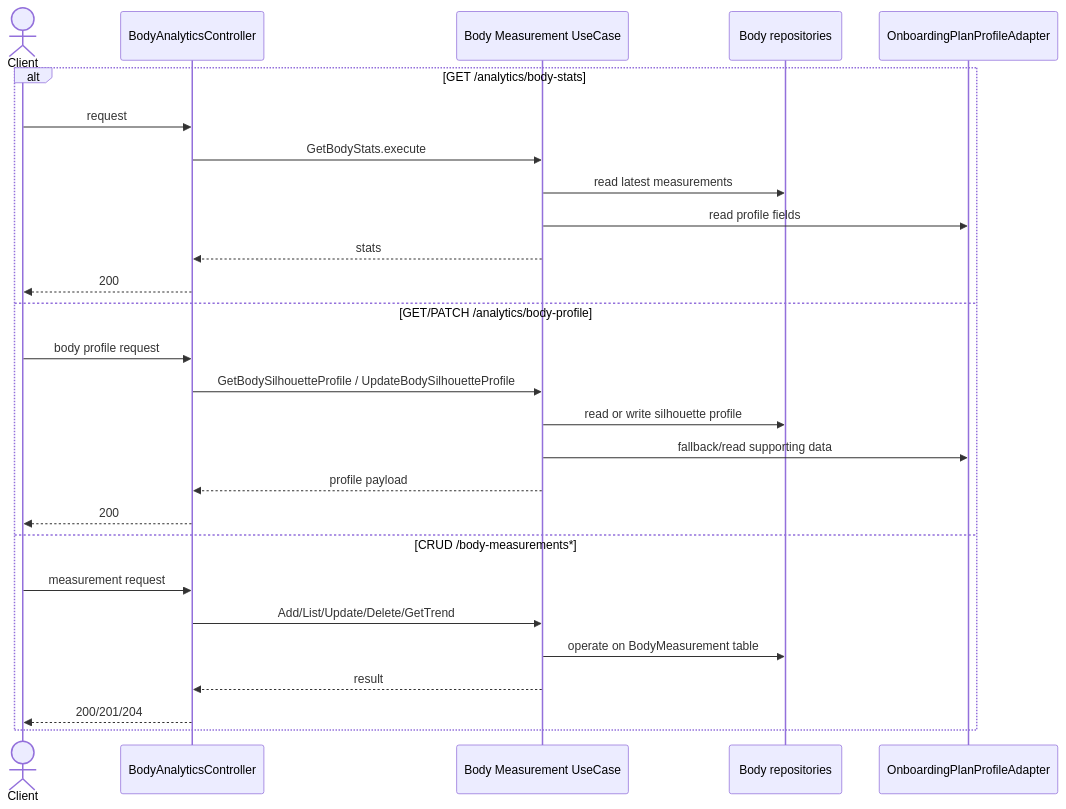
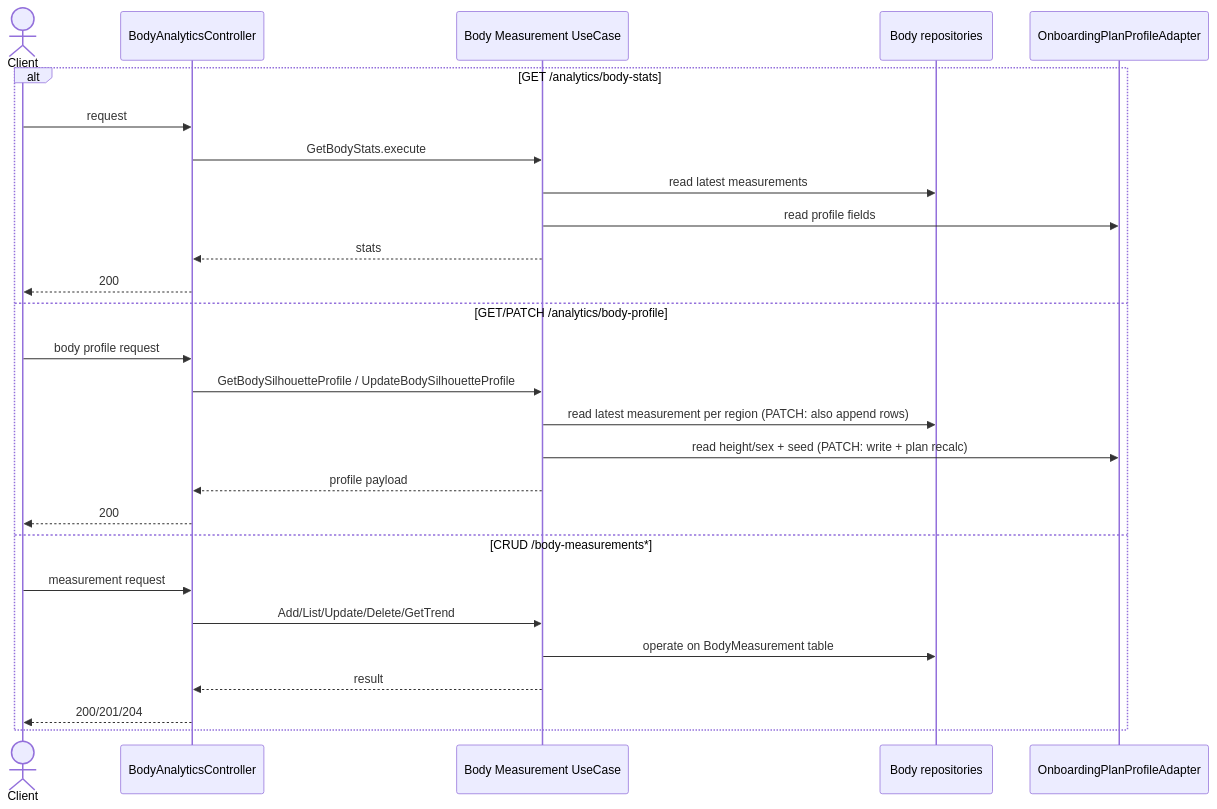
One commit to yusufhoglu/betterEatBetter-server changed the first of 3 diagrams in src/modules/body-analytics/body-analytics-doc.md. Above: the diagram before and after it, drawn with Mermaid. The commit also changed other lines of this file and 27 other files, not shown here.

Commit message:
refactor(body-analytics): remove BodySilhouetteProfile and integrate measurements into user profiles

````diff
--- a/src/modules/body-analytics/body-analytics-doc.md
+++ b/src/modules/body-analytics/body-analytics-doc.md
@@ -39,30 +41,30 @@
 ```mermaid
 sequenceDiagram
     actor Client
     participant Controller as BodyAnalyticsController
     participant UseCase as Body Measurement UseCase
     participant Repo as Body repositories
     participant Profile as OnboardingPlanProfileAdapter
 
     alt GET /analytics/body-stats
         Client->>Controller: request
         Controller->>UseCase: GetBodyStats.execute
         UseCase->>Repo: read latest measurements
         UseCase->>Profile: read profile fields
         UseCase-->>Controller: stats
         Controller-->>Client: 200
     else GET/PATCH /analytics/body-profile
         Client->>Controller: body profile request
         Controller->>UseCase: GetBodySilhouetteProfile / UpdateBodySilhouetteProfile
-        UseCase->>Repo: read or write silhouette profile
-        UseCase->>Profile: fallback/read supporting data
+        UseCase->>Repo: read latest measurement per region (PATCH: also append rows)
+        UseCase->>Profile: read height/sex + seed (PATCH: write + plan recalc)
         UseCase-->>Controller: profile payload
         Controller-->>Client: 200
     else CRUD /body-measurements*
         Client->>Controller: measurement request
         Controller->>UseCase: Add/List/Update/Delete/GetTrend
         UseCase->>Repo: operate on BodyMeasurement table
         UseCase-->>Controller: result
         Controller-->>Client: 200/201/204
     end
 ```
````
